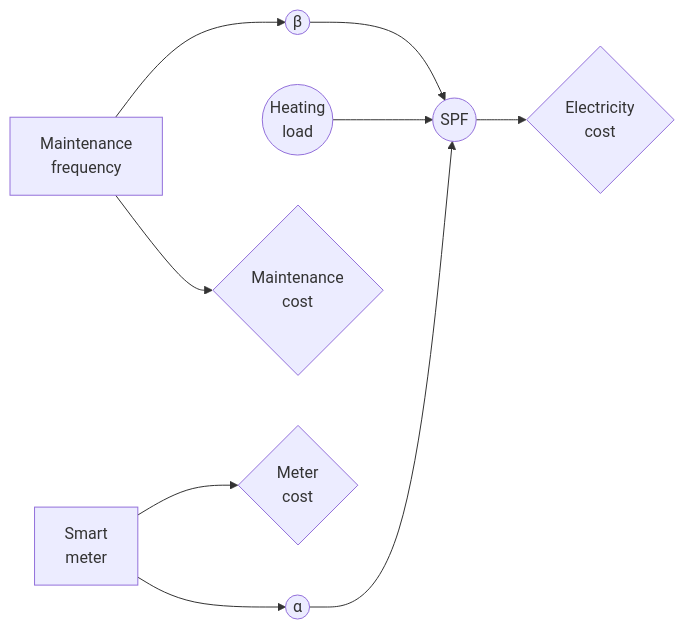
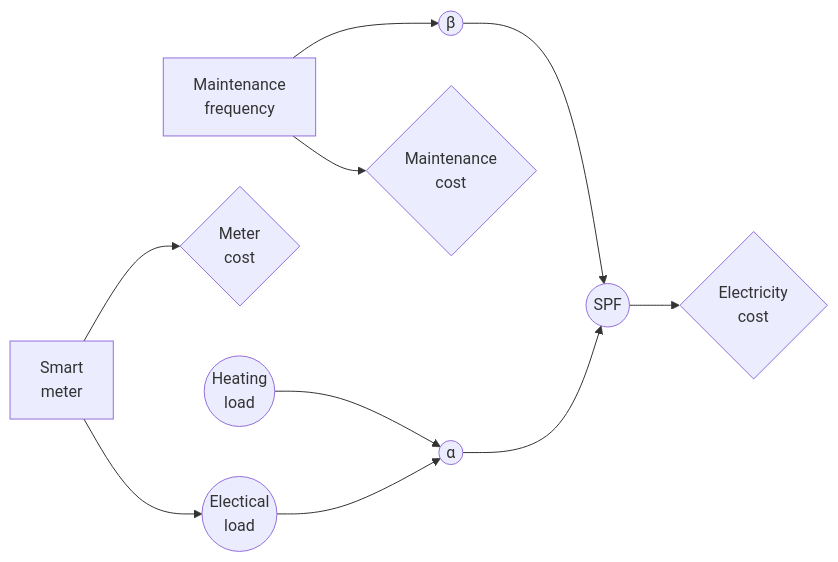
Before and after one commit to DomDF/DCE_guidance: the seventh of 11 diagrams in DCE_guidance.qmd, drawn with Mermaid. The commit also changed other lines of this file and 2 other files, not shown here.

````diff
--- a/DCE_guidance.qmd
+++ b/DCE_guidance.qmd
@@ -1412,18 +1401,21 @@
 ```{mermaid}
 %%| label: fig-prepost_id_heat_pumps
 %%| fig-cap: "Influence Diagram for Estimating the Expected Value of Smart Meters"
 
 flowchart LR
   d2[Maintenance \nfrequency] --> o2((SPF))
+  
+  o4((Electical \nload)) --> o3(("#945;"))
 
-  o0((Heating \nload)) --> o1((SPF))
   o2(("#946;")) --> o1((SPF))
-  o3(("#945;")) --> o1((SPF))
+  o3 --> o1((SPF))
+  o0((Heating \nload)) --> o3
 
   o1 --> c1{Electricity \ncost}
   d2 --> c2{Maintenance \ncost}
 
   d3[Smart \nmeter] --> c3{Meter \ncost}
-  d3 --> o3
+  d3 --> o4
+
 
 ```
````
